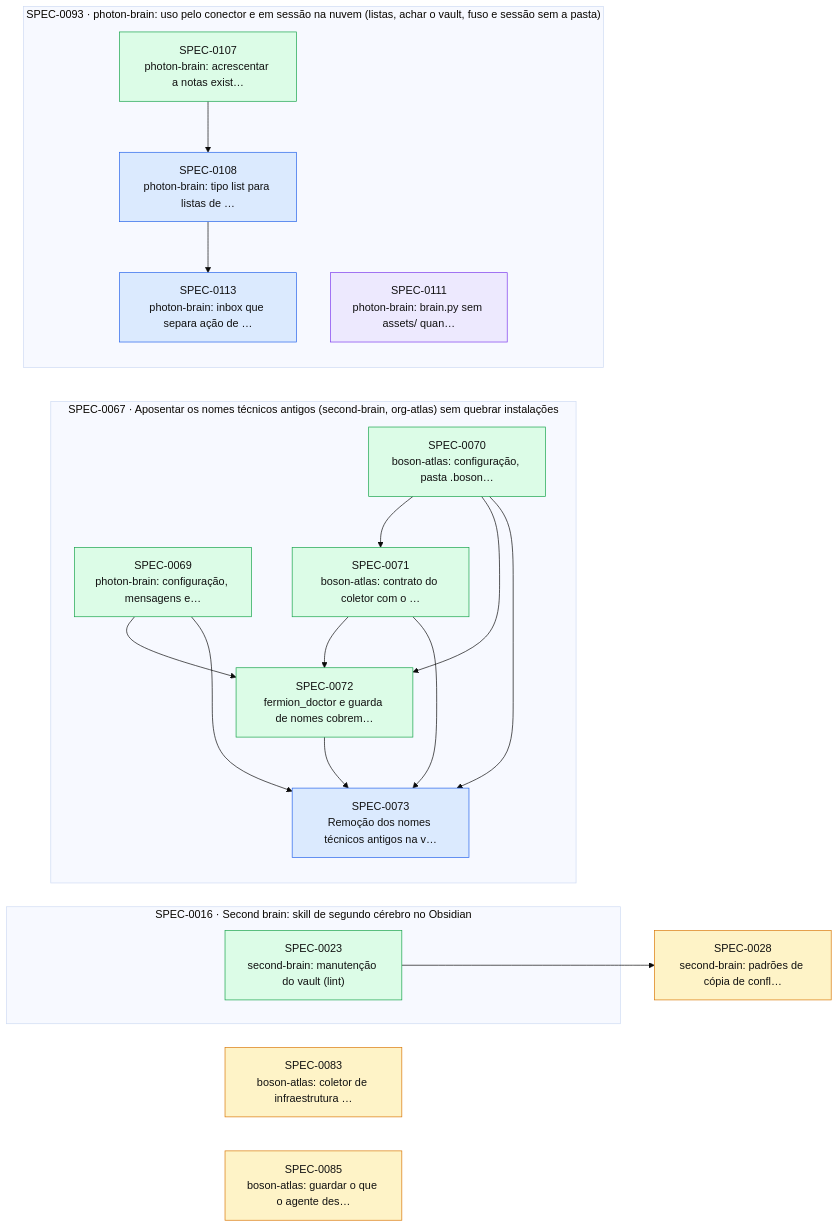
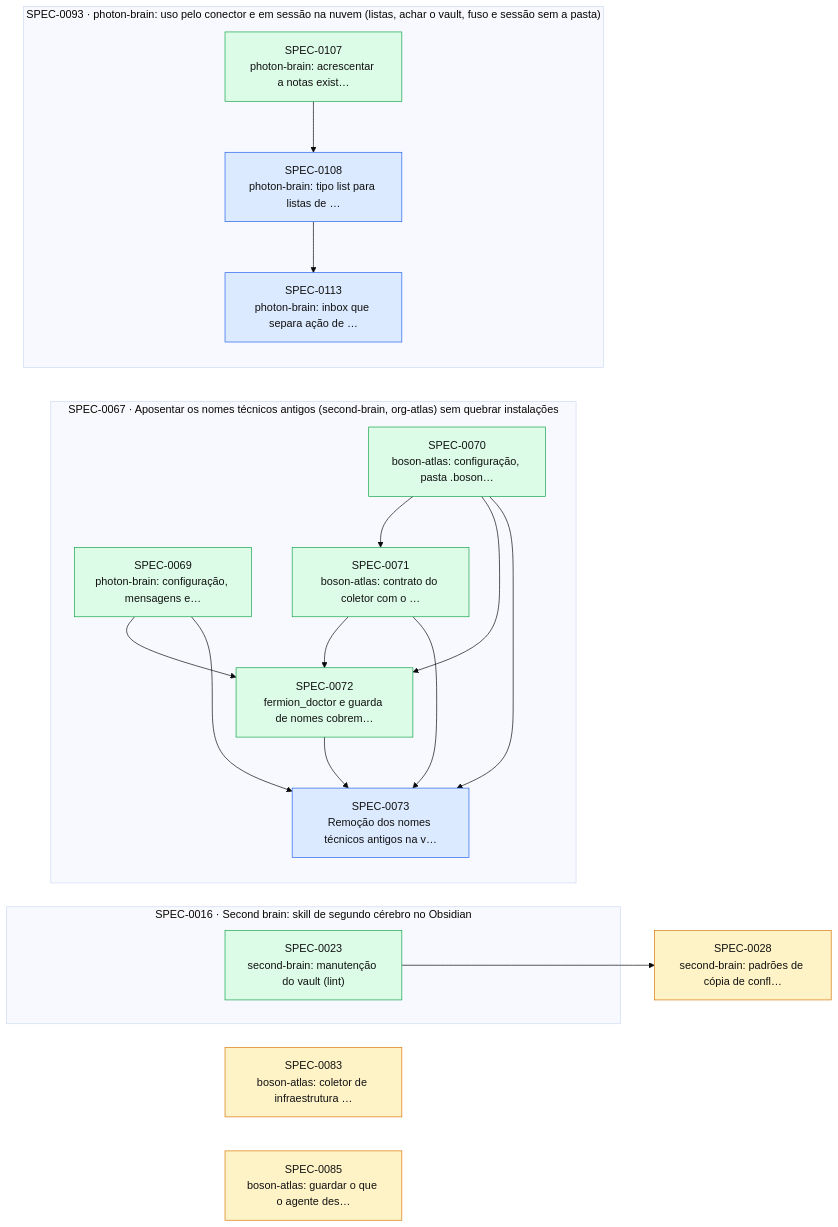
The diagram in docs/specs/INDEX.md (thomasravache/ai-dev-brain), drawn with Mermaid (base theme) before and after one commit. The commit also changed other lines of this file and 1 other file, not shown here.

First line of the commit message:
docs(specs): G7 e fechamento da SPEC-0111

````diff
--- a/docs/specs/INDEX.md
+++ b/docs/specs/INDEX.md
@@ -68,38 +67,37 @@
 ```mermaid
 flowchart LR
   S0028["SPEC-0028<br/>second-brain: padrões de cópia de confl…"]:::proposed
   S0083["SPEC-0083<br/>boson-atlas: coletor de infraestrutura …"]:::proposed
   S0085["SPEC-0085<br/>boson-atlas: guardar o que o agente des…"]:::proposed
   subgraph E0016["SPEC-0016 · Second brain: skill de segundo cérebro no Obsidian"]
     S0023["SPEC-0023<br/>second-brain: manutenção do vault (lint)"]:::implemented
   end
   subgraph E0067["SPEC-0067 · Aposentar os nomes técnicos antigos (second-brain, org-atlas) sem quebrar instalações"]
     S0069["SPEC-0069<br/>photon-brain: configuração, mensagens e…"]:::implemented
     S0070["SPEC-0070<br/>boson-atlas: configuração, pasta .boson…"]:::implemented
     S0071["SPEC-0071<br/>boson-atlas: contrato do coletor com o …"]:::implemented
     S0072["SPEC-0072<br/>fermion_doctor e guarda de nomes cobrem…"]:::implemented
     S0073["SPEC-0073<br/>Remoção dos nomes técnicos antigos na v…"]:::approved
   end
   subgraph E0093["SPEC-0093 · photon-brain: uso pelo conector e em sessão na nuvem (listas, achar o vault, fuso e sessão sem a pasta)"]
     S0107["SPEC-0107<br/>photon-brain: acrescentar a notas exist…"]:::implemented
     S0108["SPEC-0108<br/>photon-brain: tipo list para listas de …"]:::approved
-    S0111["SPEC-0111<br/>photon-brain: brain.py sem assets/ quan…"]:::inprogress
     S0113["SPEC-0113<br/>photon-brain: inbox que separa ação de …"]:::approved
   end
   S0023 --> S0028
   S0070 --> S0071
   S0069 --> S0072
   S0070 --> S0072
   S0071 --> S0072
   S0069 --> S0073
   S0070 --> S0073
   S0071 --> S0073
   S0072 --> S0073
   S0107 --> S0108
   S0108 --> S0113
   classDef proposed fill:#fef3c7,stroke:#d97706,color:#111
   classDef approved fill:#dbeafe,stroke:#2563eb,color:#111
   classDef inprogress fill:#ede9fe,stroke:#7c3aed,color:#111
   classDef implemented fill:#dcfce7,stroke:#16a34a,color:#111
   classDef deprecated fill:#f3f4f6,stroke:#9ca3af,color:#6b7280
 ```
````
